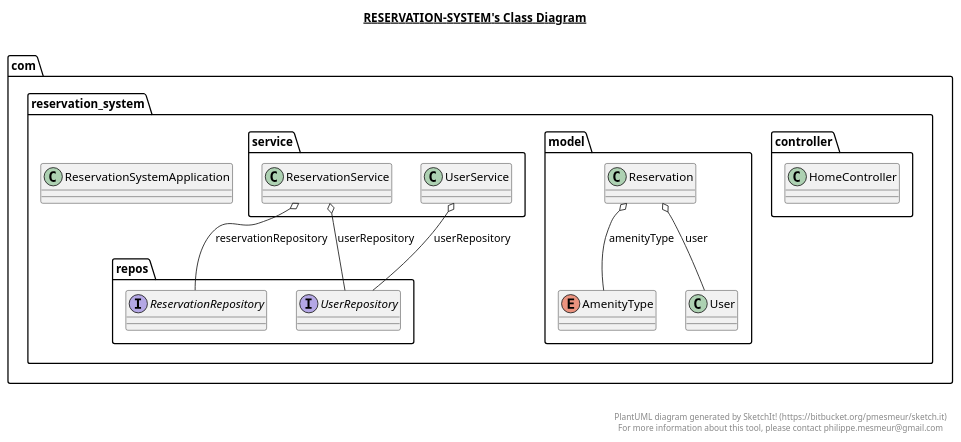
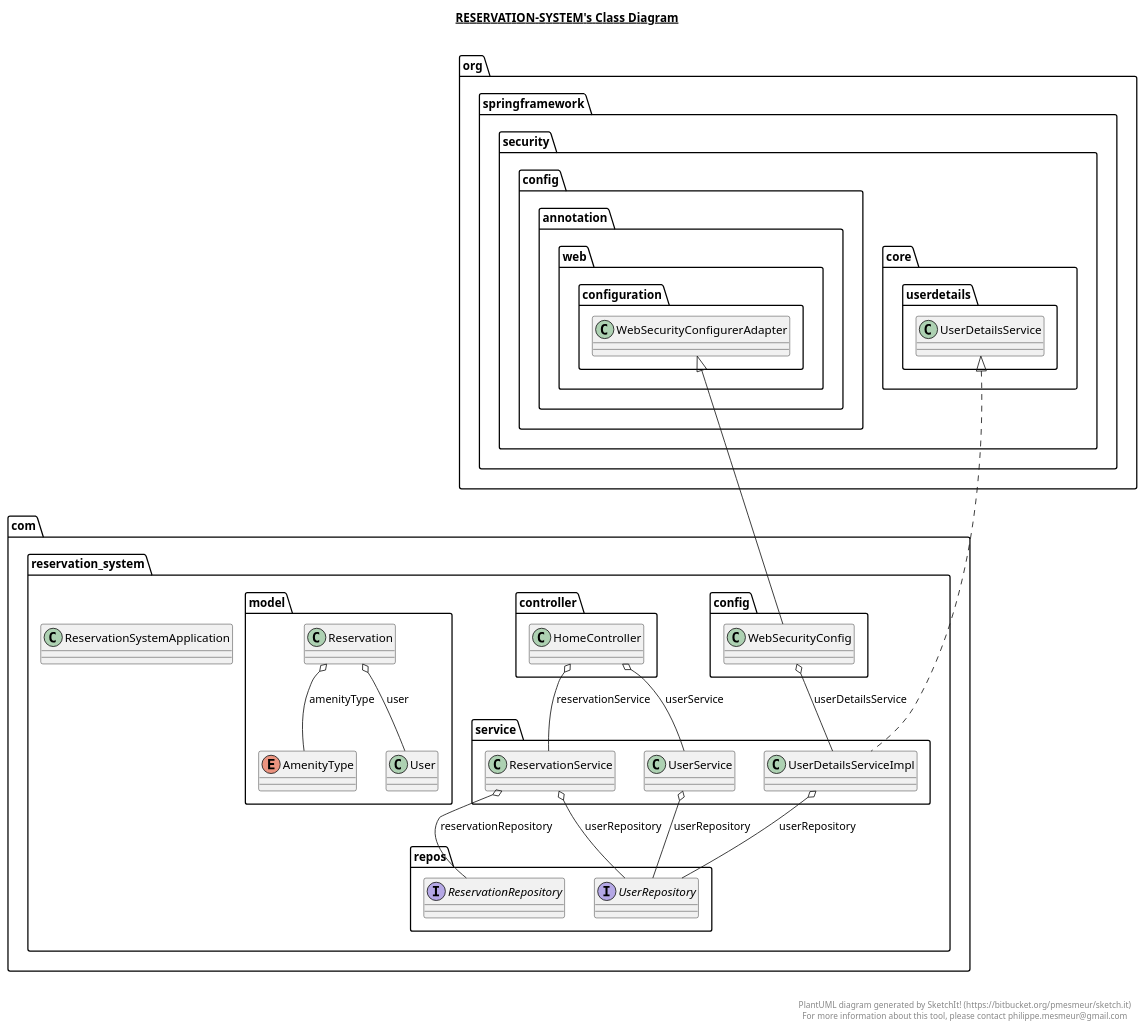
The diagram in reservation-system.plantuml (adam112henry/reservation-system), drawn with PlantUML before and after one commit. The commit also changed 6 other files, not shown here.

Commit message:
updated class diagrams

```diff
--- a/reservation-system.plantuml
+++ b/reservation-system.plantuml
@@ -1,89 +1,111 @@
 @startuml
 
 title __RESERVATION-SYSTEM's Class Diagram__\n
 
   namespace com.reservation_system {
     class com.reservation_system.ReservationSystemApplication {
+    }
+  }
+  
+
+  namespace com.reservation_system {
+    namespace config {
+      class com.reservation_system.config.WebSecurityConfig {
+      }
     }
   }
   
 
   namespace com.reservation_system {
     namespace controller {
       class com.reservation_system.controller.HomeController {
       }
     }
   }
   
 
   namespace com.reservation_system {
     namespace model {
       enum AmenityType {
       }
     }
   }
   
 
   namespace com.reservation_system {
     namespace model {
       class com.reservation_system.model.Reservation {
       }
     }
   }
   
 
   namespace com.reservation_system {
     namespace model {
       class com.reservation_system.model.User {
       }
     }
   }
   
 
   namespace com.reservation_system {
     namespace repos {
       interface com.reservation_system.repos.ReservationRepository {
       }
     }
   }
   
 
   namespace com.reservation_system {
     namespace repos {
       interface com.reservation_system.repos.UserRepository {
       }
     }
   }
   
 
   namespace com.reservation_system {
     namespace service {
       class com.reservation_system.service.ReservationService {
       }
     }
   }
   
 
   namespace com.reservation_system {
     namespace service {
+      class com.reservation_system.service.UserDetailsServiceImpl {
+      }
+    }
+  }
+  
+
+  namespace com.reservation_system {
+    namespace service {
       class com.reservation_system.service.UserService {
       }
     }
   }
   
 
+  com.reservation_system.config.WebSecurityConfig -up-|> org.springframework.security.config.annotation.web.configuration.WebSecurityConfigurerAdapter
+  com.reservation_system.config.WebSecurityConfig o-- com.reservation_system.service.UserDetailsServiceImpl : userDetailsService
+  com.reservation_system.controller.HomeController o-- com.reservation_system.service.ReservationService : reservationService
+  com.reservation_system.controller.HomeController o-- com.reservation_system.service.UserService : userService
   com.reservation_system.model.Reservation o-- com.reservation_system.model.AmenityType : amenityType
   com.reservation_system.model.Reservation o-- com.reservation_system.model.User : user
   com.reservation_system.service.ReservationService o-- com.reservation_system.repos.ReservationRepository : reservationRepository
   com.reservation_system.service.ReservationService o-- com.reservation_system.repos.UserRepository : userRepository
+  com.reservation_system.service.UserDetailsServiceImpl .up.|> org.springframework.security.core.userdetails.UserDetailsService
+  com.reservation_system.service.UserDetailsServiceImpl o-- com.reservation_system.repos.UserRepository : userRepository
   com.reservation_system.service.UserService o-- com.reservation_system.repos.UserRepository : userRepository
 
 
 right footer
 
 
 PlantUML diagram generated by SketchIt! (https://bitbucket.org/pmesmeur/sketch.it)
 For more information about this tool, please contact philippe.mesmeur@gmail.com
 endfooter
 
 @enduml
```
